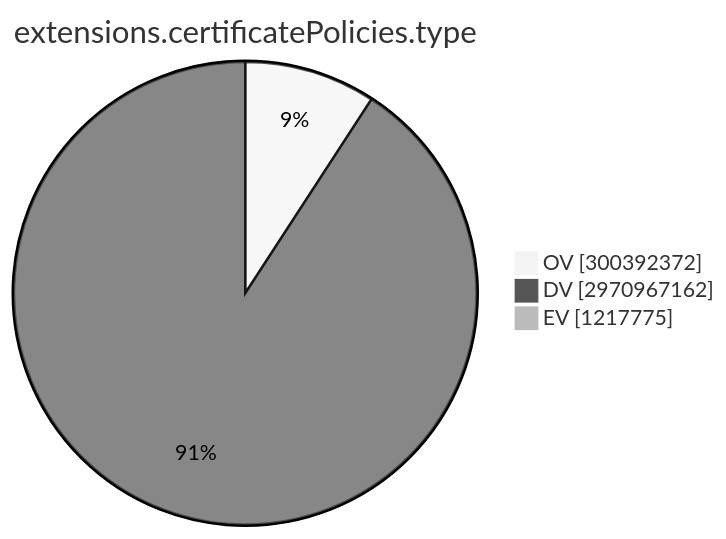
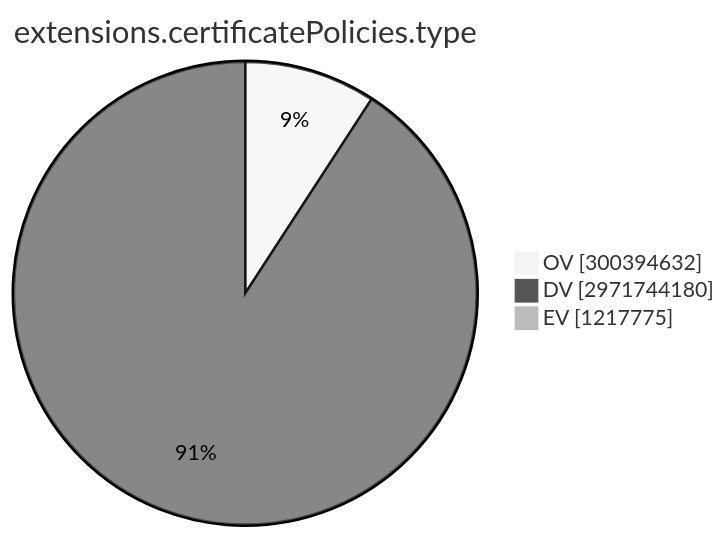
The ninth of 15 diagrams in TOTAL/README.md (christiankrug/ctmonitor_visualization), drawn with Mermaid (neutral theme) before and after one commit. The commit also changed other lines of this file, not shown here.

````diff
--- a/TOTAL/README.md
+++ b/TOTAL/README.md
@@ -3101,7 +3101,7 @@
 ```mermaid
 pie showData
 title extensions.certificatePolicies.type
-"OV" :300392372
-"DV" :2970967162
+"OV" :300394632
+"DV" :2971744180
 "EV" :1217775
 ```
````
